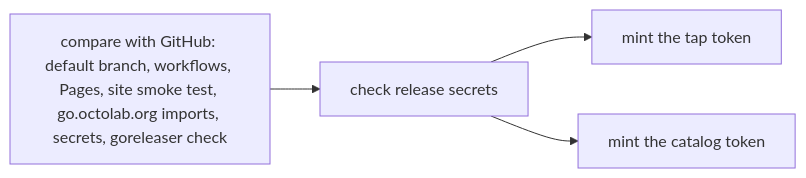
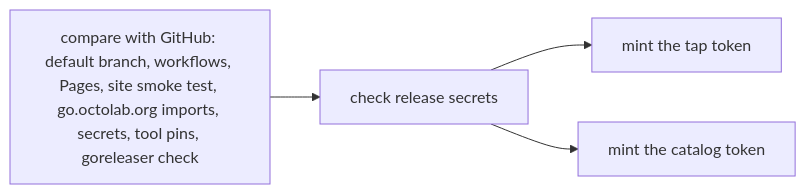
Before and after one commit to octopot/indexit: the sixth of 10 diagrams in .github/workflows/README.md, drawn with Mermaid. The commit also changed other lines of this file and 10 other files, not shown here.

Commit message:
ci/cd: run the release guards, the full linter set and tool-pins-check in ci, cd, tools and the doctor

````diff
--- a/.github/workflows/README.md
+++ b/.github/workflows/README.md
@@ -193,4 +200,4 @@
 ```mermaid
 flowchart LR
-  doctor[compare with GitHub: default branch, workflows, Pages, site smoke test, go.octolab.org imports, secrets, goreleaser check] --> preflight[check release secrets] --> token[mint the tap token] & catalog[mint the catalog token]
+  doctor[compare with GitHub: default branch, workflows, Pages, site smoke test, go.octolab.org imports, secrets, tool pins, goreleaser check] --> preflight[check release secrets] --> token[mint the tap token] & catalog[mint the catalog token]
 ```
````
